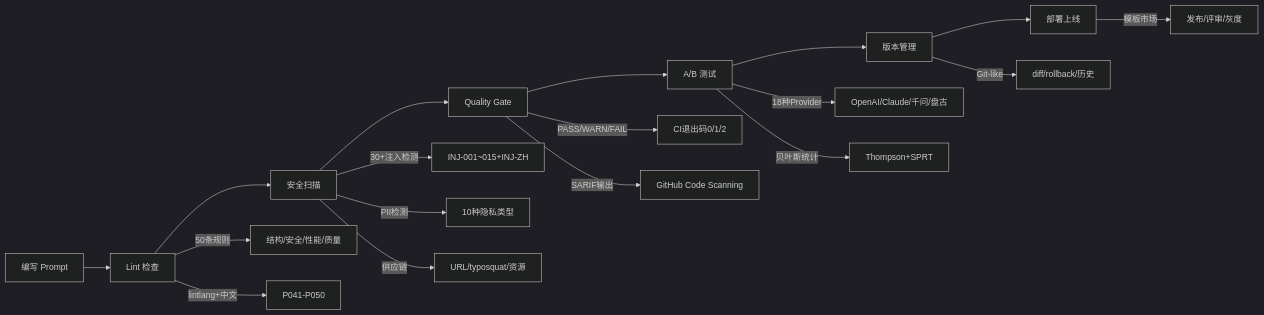
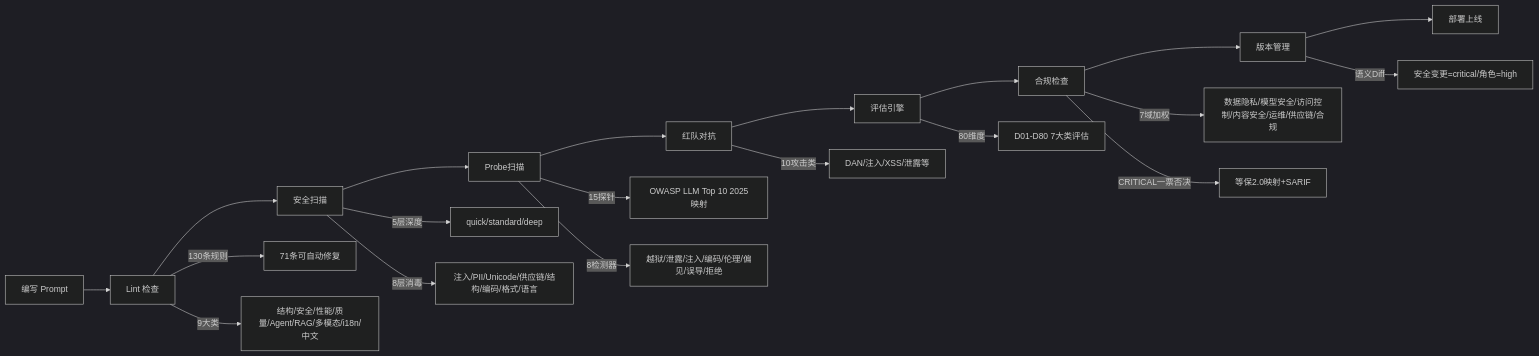
The first of 2 diagrams in README.md (wqbcs/ai-prompt-toolkit), drawn with Mermaid (dark theme) before and after one commit. The commit also changed other lines of this file and 8 other files, not shown here.

````diff
--- a/README.md
+++ b/README.md
@@ -134,21 +218,23 @@
 ```mermaid
 graph LR
     A[编写 Prompt] --> B[Lint 检查]
     B --> C[安全扫描]
-    C --> D[Quality Gate]
-    D --> E[A/B 测试]
-    E --> F[版本管理]
-    F --> G[部署上线]
+    C --> D[Probe扫描]
+    D --> E[红队对抗]
+    E --> F[评估引擎]
+    F --> G[合规检查]
+    G --> H[版本管理]
+    H --> I[部署上线]
 
-    B -->|50条规则| B1[结构/安全/性能/质量]
-    B -->|lintlang+中文| B2[P041-P050]
-    C -->|30+注入检测| C1[INJ-001~015+INJ-ZH]
-    C -->|PII检测| C2[10种隐私类型]
-    C -->|供应链| C3[URL/typosquat/资源]
-    D -->|PASS/WARN/FAIL| D1[CI退出码0/1/2]
-    D -->|SARIF输出| D2[GitHub Code Scanning]
-    E -->|18种Provider| E1[OpenAI/Claude/千问/盘古]
-    E -->|贝叶斯统计| E2[Thompson+SPRT]
-    F -->|Git-like| F1[diff/rollback/历史]
-    G -->|模板市场| G1[发布/评审/灰度]
+    B -->|130条规则| B1[71条可自动修复]
+    B -->|9大类| B2[结构/安全/性能/质量/Agent/RAG/多模态/i18n/中文]
+    C -->|5层深度| C1[quick/standard/deep]
+    C -->|8层消毒| C2[注入/PII/Unicode/供应链/结构/编码/格式/语言]
+    D -->|15探针| D1[OWASP LLM Top 10 2025映射]
+    D -->|8检测器| D2[越狱/泄露/注入/编码/伦理/偏见/误导/拒绝]
+    E -->|10攻击类| E1[DAN/注入/XSS/泄露等]
+    F -->|80维度| F1[D01-D80 7大类评估]
+    G -->|7域加权| G1[数据隐私/模型安全/访问控制/内容安全/运维/供应链/合规]
+    G -->|CRITICAL一票否决| G2[等保2.0映射+SARIF]
+    H -->|语义Diff| H1[安全变更=critical/角色=high]
 ```
````
